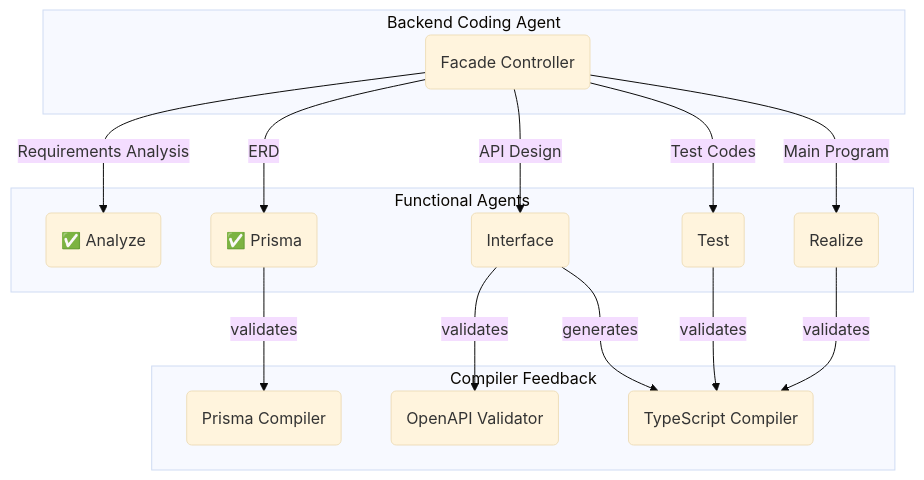
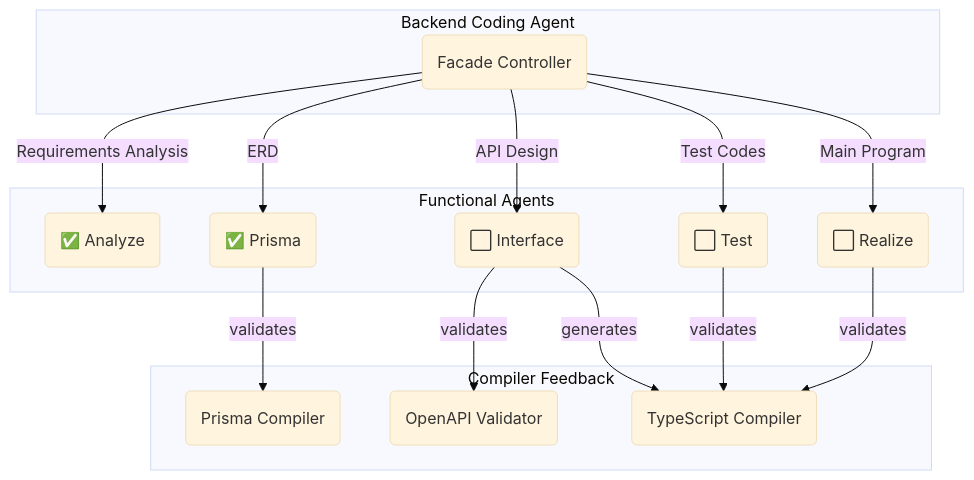
Before and after one commit to wrtnlabs/autobe-examples: the diagram in anthropic/claude-haiku-4.5/shopping/README.md, drawn with Mermaid (base theme). The commit also changed other lines of this file and 8017 other files, not shown here.

````diff
--- a/anthropic/claude-haiku-4.5/shopping/README.md
+++ b/anthropic/claude-haiku-4.5/shopping/README.md
@@ -14,20 +14,20 @@
 ```mermaid
 flowchart
 subgraph "Backend Coding Agent"
   coder("Facade Controller")
 end
 subgraph "Functional Agents"
   coder --"Requirements Analysis"--> analyze("✅ Analyze")
   coder --"ERD"--> prisma("✅ Prisma")
-  coder --"API Design"--> interface(" Interface")
-  coder --"Test Codes" --> test(" Test")
-  coder --"Main Program" --> realize(" Realize")
+  coder --"API Design"--> interface("⬜ Interface")
+  coder --"Test Codes" --> test("⬜ Test")
+  coder --"Main Program" --> realize("⬜ Realize")
 end
 subgraph "Compiler Feedback"
   prisma --"validates" --> prismaCompiler("Prisma Compiler")
   interface --"validates" --> openapiValidator("OpenAPI Validator")
   interface --"generates" --> tsCompiler("TypeScript Compiler")
   test --"validates" --> tsCompiler("TypeScript Compiler")
   realize --"validates" --> tsCompiler("TypeScript Compiler")
 end
 ```
````
